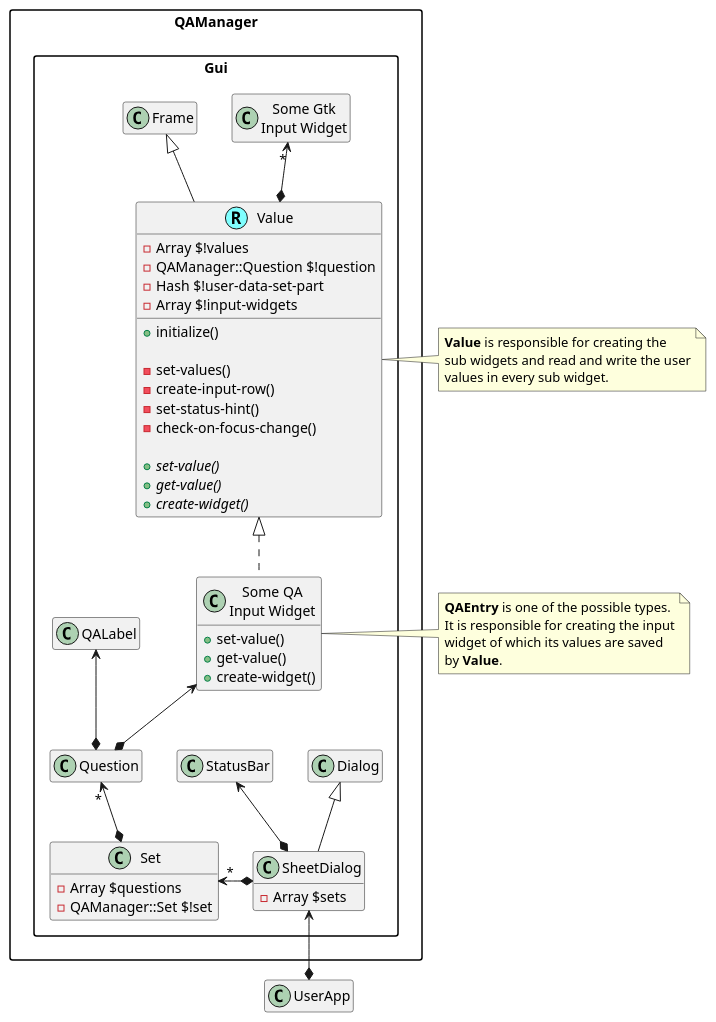
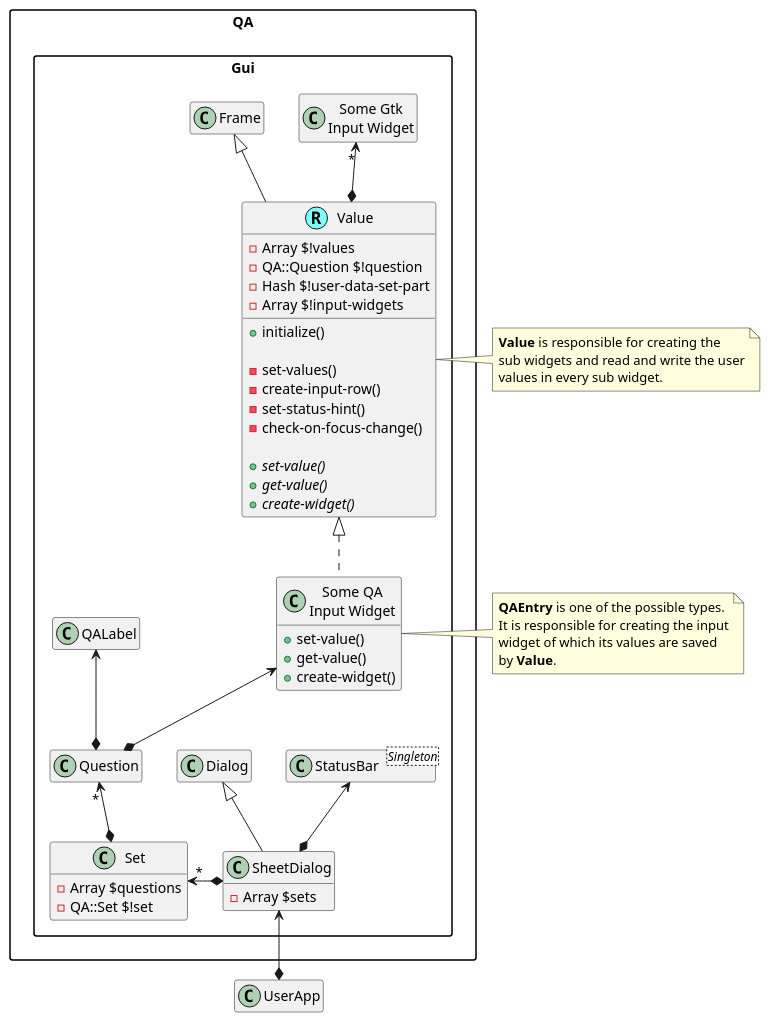
One commit to MARTIMM/question-answer changed the diagram in doc/plantuml/SheetDialog.md. Above: the diagram before and after it, drawn with PlantUML.

Commit message:
statusbar is a singleton

````diff
--- a/doc/plantuml/SheetDialog.md
+++ b/doc/plantuml/SheetDialog.md
@@ -1,72 +1,76 @@
 ```plantuml
 @startuml
 'scale 0.9
 skinparam packageStyle rectangle
 skinparam stereotypeCBackgroundColor #80ffff
 set namespaceSeparator ::
 hide empty members
 
-'class QAManager::Gui::Frame <<(R,#80ffff)>>
-'class QAManager::Gui::Repeat <<(R,#80ffff)>>
+'class QA::Gui::Frame <<(R,#80ffff)>>
+'class QA::Gui::Repeat <<(R,#80ffff)>>
 
-class QAManager::Gui::Value <<(R,#80ffff)>> {
+'class QA::Gui::StatusBar <<(R,#80ffff)>>
+class QA::Gui::StatusBar <Singleton>
+'class Gnome::N::TopLevelClassSupport < Catch all class >
+
+class QA::Gui::Value <<(R,#80ffff)>> {
   +initialize()
 
   -set-values()
   -create-input-row()
   -set-status-hint()
   -check-on-focus-change()
 
   +{abstract} set-value()
   +{abstract} get-value()
 '  +{abstract} check-value()
   +{abstract} create-widget()
 
   -Array $!values
-  -QAManager::Question $!question
+  -QA::Question $!question
   -Hash $!user-data-set-part
   -Array $!input-widgets
 }
 
-note right of QAManager::Gui::Value : <b>Value</b> is responsible for creating the\nsub widgets and read and write the user\nvalues in every sub widget.
+note right of QA::Gui::Value : <b>Value</b> is responsible for creating the\nsub widgets and read and write the user\nvalues in every sub widget.
 
-class "Some Gtk\nInput Widget" as QAManager::Gui::GtkIOWidget
+class "Some Gtk\nInput Widget" as QA::Gui::GtkIOWidget
 
-class "Some QA\nInput Widget" as QAManager::Gui::QAIOWidget {
+class "Some QA\nInput Widget" as QA::Gui::QAIOWidget {
   +set-value()
   +get-value()
 '  +check-value()
   +create-widget()
 }
 
-note right of QAManager::Gui::QAIOWidget : <b>QAEntry</b> is one of the possible types.\nIt is responsible for creating the input\nwidget of which its values are saved\nby <b>Value</b>.
+note right of QA::Gui::QAIOWidget : <b>QAEntry</b> is one of the possible types.\nIt is responsible for creating the input\nwidget of which its values are saved\nby <b>Value</b>.
 
-class QAManager::Gui::Set {
+class QA::Gui::Set {
   -Array $questions
-  -QAManager::Set $!set
+  -QA::Set $!set
 }
 
-class QAManager::Gui::SheetDialog {
+class QA::Gui::SheetDialog {
   -Array $sets
 }
 
 
-'QAManager::Gui::Set *--> QAManager::Set
-'QAManager::Gui::Repeat <|.. QAManager::Gui::QAIOWidget
+'QA::Gui::Set *--> QA::Set
+'QA::Gui::Repeat <|.. QA::Gui::QAIOWidget
 
-QAManager::Gui::Dialog <|-- QAManager::Gui::SheetDialog
-QAManager::Gui::Set "*" <-* QAManager::Gui::SheetDialog
-QAManager::Gui::SheetDialog <--* UserApp
-QAManager::Gui::StatusBar <--* QAManager::Gui::SheetDialog
+QA::Gui::Dialog <|-- QA::Gui::SheetDialog
+QA::Gui::Set "*" <-* QA::Gui::SheetDialog
+QA::Gui::SheetDialog <--* UserApp
+QA::Gui::StatusBar <--* QA::Gui::SheetDialog
 
-QAManager::Gui::Value <|.. QAManager::Gui::QAIOWidget
-QAManager::Gui::Frame <|-- QAManager::Gui::Value
-QAManager::Gui::GtkIOWidget "*" <--* QAManager::Gui::Value
+QA::Gui::Value <|.. QA::Gui::QAIOWidget
+QA::Gui::Frame <|-- QA::Gui::Value
+QA::Gui::GtkIOWidget "*" <--* QA::Gui::Value
 
-QAManager::Gui::QAIOWidget <--* QAManager::Gui::Question
-QAManager::Gui::QALabel <--* QAManager::Gui::Question
+QA::Gui::QAIOWidget <--* QA::Gui::Question
+QA::Gui::QALabel <--* QA::Gui::Question
 
-QAManager::Gui::Question "*" <--* QAManager::Gui::Set
+QA::Gui::Question "*" <--* QA::Gui::Set
 
 @enduml
 ```
````
